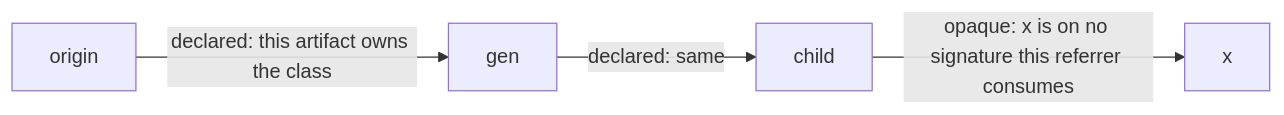
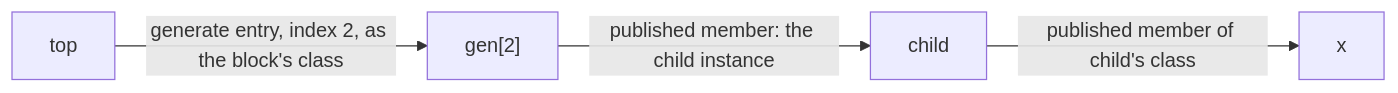
One commit to hankhsu1996/lyra changed the diagram in docs/architecture/reference_resolution.md. Above: the diagram before and after it, drawn with Mermaid. The commit also changed other lines of this file and 228 other files, not shown here.

````diff
--- a/docs/architecture/reference_resolution.md
+++ b/docs/architecture/reference_resolution.md
@@ -210,6 +220,6 @@
 ```mermaid
 flowchart LR
-  O["origin"] -->|"declared: this artifact owns the class"| G["gen"]
-  G -->|"declared: same"| C["child"]
-  C -->|"opaque: x is on no signature this referrer consumes"| X["x"]
+  O["top"] -->|"generate entry, index 2, as the block's class"| G["gen[2]"]
+  G -->|"published member: the child instance"| C["child"]
+  C -->|"published member of child's class"| X["x"]
 ```
````
